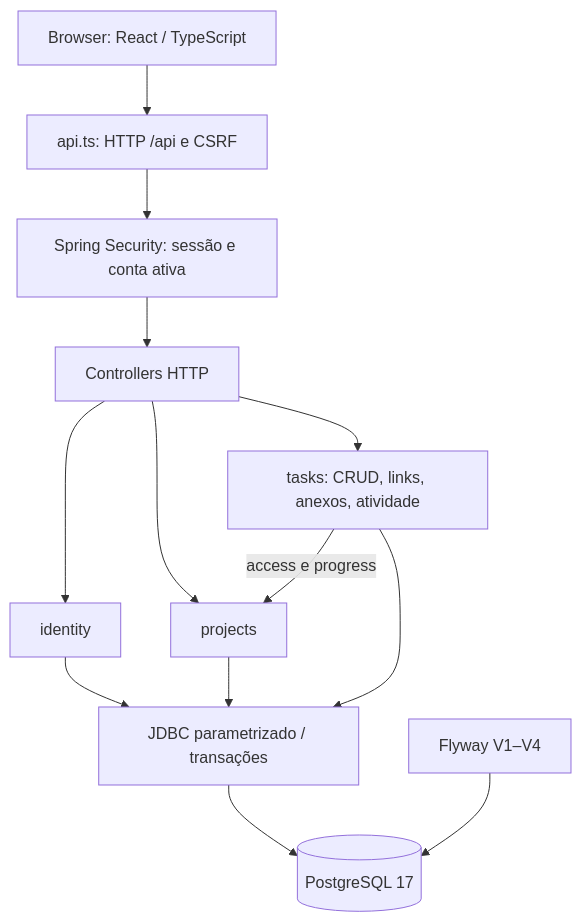
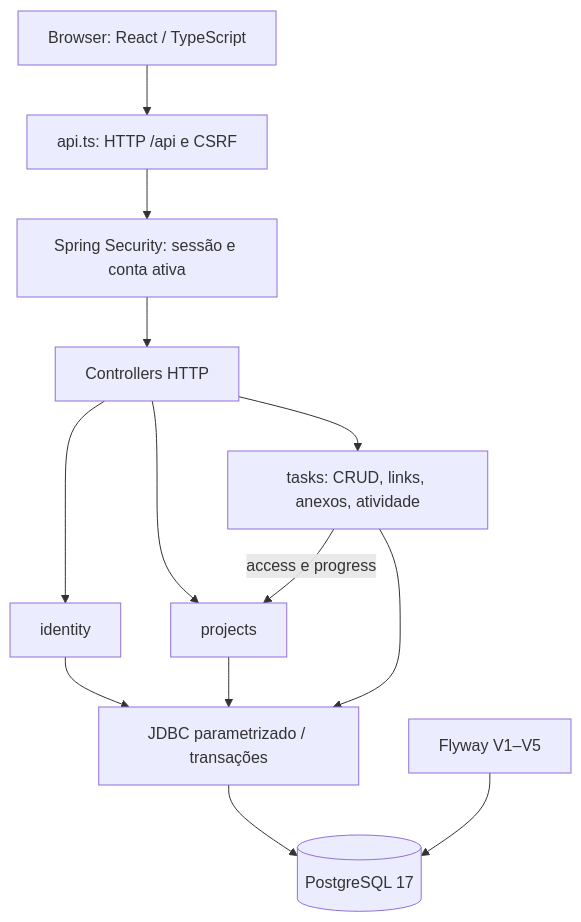
One commit to Fibigor/matriz changed the first of 3 diagrams in docs/architecture.md. Above: the diagram before and after it, drawn with Mermaid. The commit also changed other lines of this file and 8 other files, not shown here.

````diff
--- a/docs/architecture.md
+++ b/docs/architecture.md
@@ -29,15 +38,15 @@
 ```mermaid
 flowchart TD
     Browser["Browser: React / TypeScript"] --> Client["api.ts: HTTP /api e CSRF"]
     Client --> Security["Spring Security: sessão e conta ativa"]
     Security --> Controllers["Controllers HTTP"]
     Controllers --> Identity["identity"]
     Controllers --> Projects["projects"]
     Controllers --> Tasks["tasks: CRUD, links, anexos, atividade"]
     Tasks -->|"access e progress"| Projects
     Identity --> JDBC["JDBC parametrizado / transações"]
     Projects --> JDBC
     Tasks --> JDBC
     JDBC --> DB[("PostgreSQL 17")]
-    Flyway["Flyway V1–V4"] --> DB
+    Flyway["Flyway V1–V5"] --> DB
 ```
````
